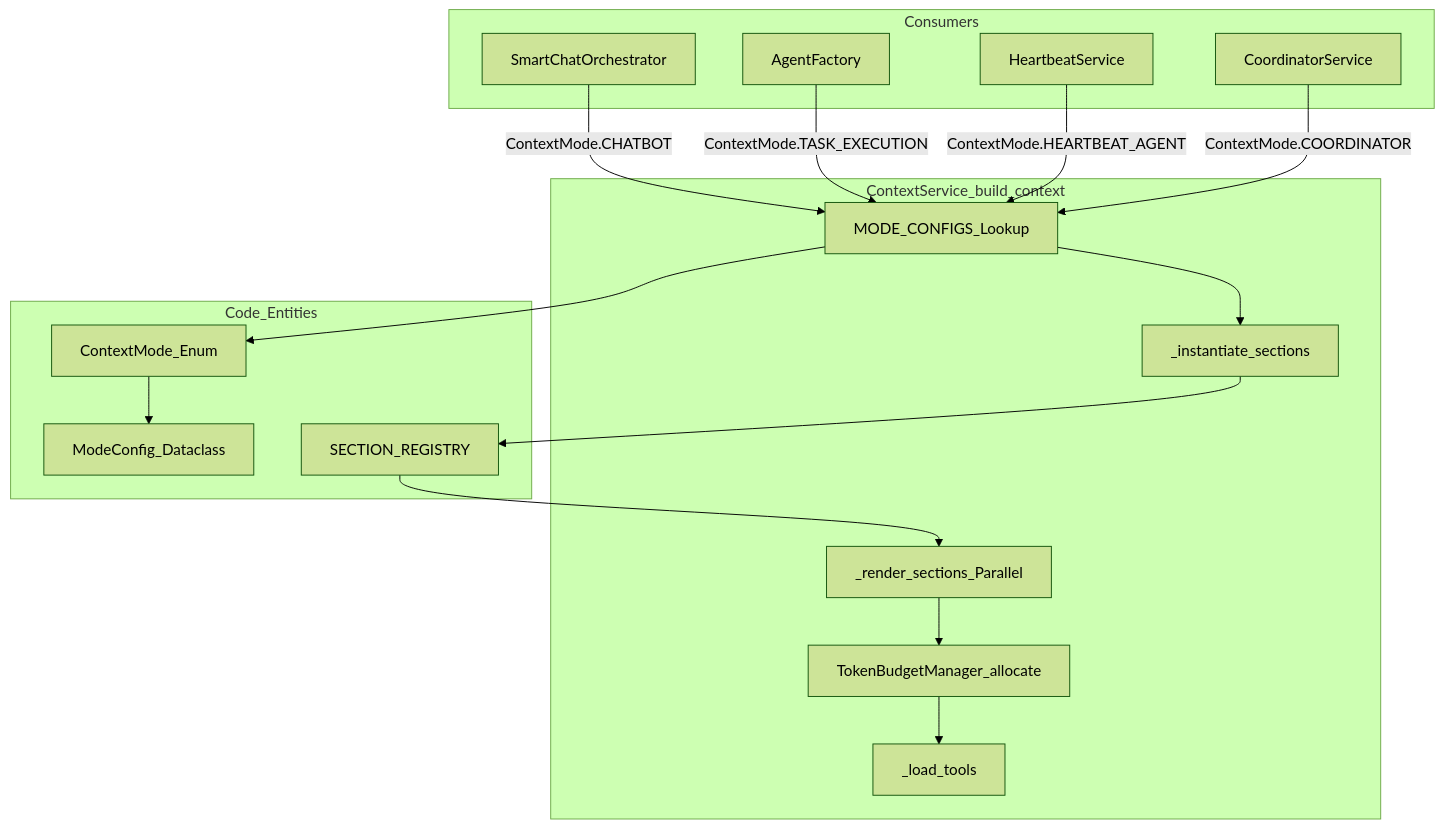
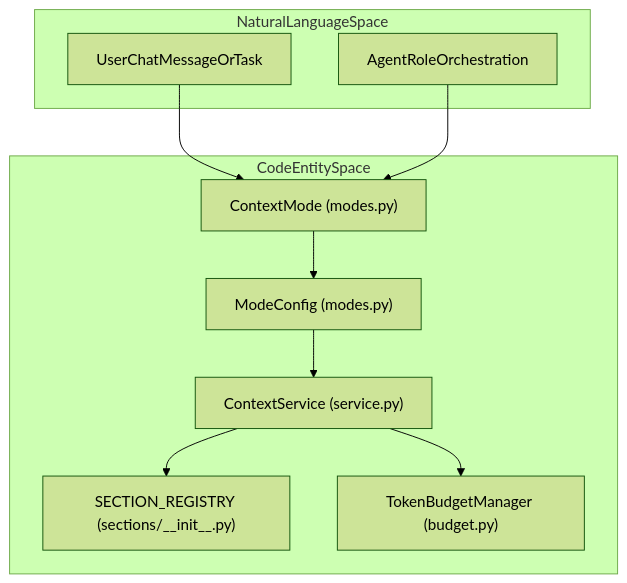
The first of 2 diagrams in docs/context-service/context-modes.md (AutomatosAI/automatos-ai), drawn with Mermaid (forest theme) before and after one commit. The commit also changed other lines of this file and 191 other files, not shown here.

````diff
--- a/docs/context-service/context-modes.md
+++ b/docs/context-service/context-modes.md
@@ -51,36 +51,22 @@
 ```mermaid
 graph TB
-    subgraph "Consumers"
-        Chat["SmartChatOrchestrator"]
-        Factory["AgentFactory"]
-        HB["HeartbeatService"]
-        Coord["CoordinatorService"]
+    subgraph "NaturalLanguageSpace"
+        UserRequest["UserChatMessageOrTask"]
+        AgentRole["AgentRoleOrchestration"]
     end
 
-    subgraph "ContextService_build_context"
-        Config["MODE_CONFIGS_Lookup"]
-        Inst["_instantiate_sections"]
-        Render["_render_sections_Parallel"]
-        Budget["TokenBudgetManager_allocate"]
-        Tools["_load_tools"]
+    subgraph "CodeEntitySpace"
+        Enum["ContextMode (modes.py)"]
+        Config["ModeConfig (modes.py)"]
+        Service["ContextService (service.py)"]
+        Registry["SECTION_REGISTRY (sections/__init__.py)"]
+        BudgetMgr["TokenBudgetManager (budget.py)"]
     end
 
-    subgraph "Code_Entities"
-        Registry["SECTION_REGISTRY"]
-        Modes["ContextMode_Enum"]
-        ModeCfg["ModeConfig_Dataclass"]
-    end
-
-    Chat -- "ContextMode.CHATBOT" --> Config
-    Factory -- "ContextMode.TASK_EXECUTION" --> Config
-    HB -- "ContextMode.HEARTBEAT_AGENT" --> Config
-    Coord -- "ContextMode.COORDINATOR" --> Config
-
-    Config --> Modes
-    Modes --> ModeCfg
-    Config --> Inst
-    Inst --> Registry
-    Registry --> Render
-    Render --> Budget
-    Budget --> Tools
+    UserRequest --> Enum
+    AgentRole --> Enum
+    Enum --> Config
+    Config --> Service
+    Service --> Registry
+    Service --> BudgetMgr
 ```
````
